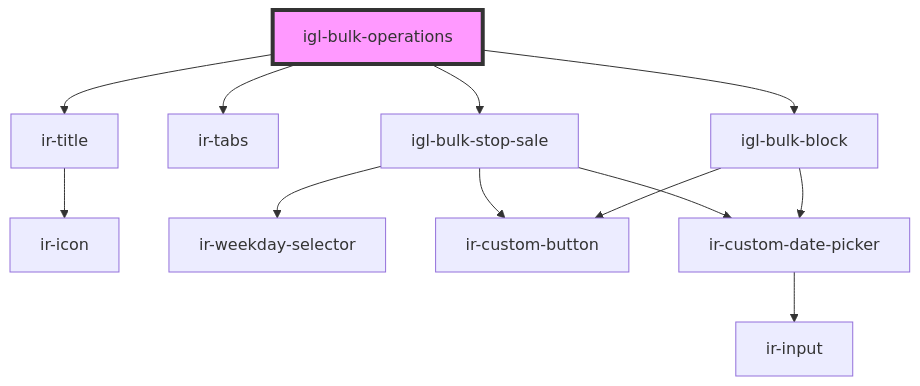
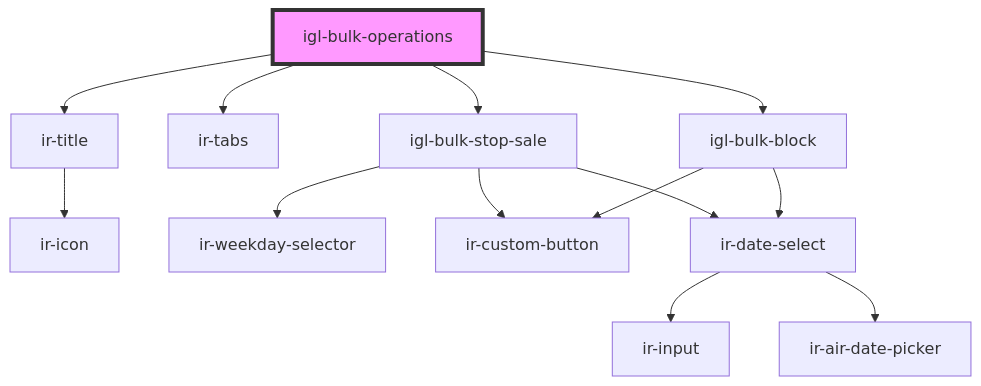
The diagram in src/components/igloo-calendar/igl-bulk-operations/readme.md (RonyRizk/ir-webcmp), drawn with Mermaid before and after one commit. The commit also changed 586 other files, not shown here.

````diff
--- a/src/components/igloo-calendar/igl-bulk-operations/readme.md
+++ b/src/components/igloo-calendar/igl-bulk-operations/readme.md
@@ -34,15 +34,16 @@
 ```mermaid
 graph TD;
   igl-bulk-operations --> ir-title
   igl-bulk-operations --> ir-tabs
   igl-bulk-operations --> igl-bulk-stop-sale
   igl-bulk-operations --> igl-bulk-block
   ir-title --> ir-icon
   igl-bulk-stop-sale --> ir-weekday-selector
   igl-bulk-stop-sale --> ir-custom-button
-  igl-bulk-stop-sale --> ir-custom-date-picker
-  ir-custom-date-picker --> ir-input
+  igl-bulk-stop-sale --> ir-date-select
+  ir-date-select --> ir-input
+  ir-date-select --> ir-air-date-picker
   igl-bulk-block --> ir-custom-button
-  igl-bulk-block --> ir-custom-date-picker
+  igl-bulk-block --> ir-date-select
   style igl-bulk-operations fill:#f9f,stroke:#333,stroke-width:4px
 ```
````
